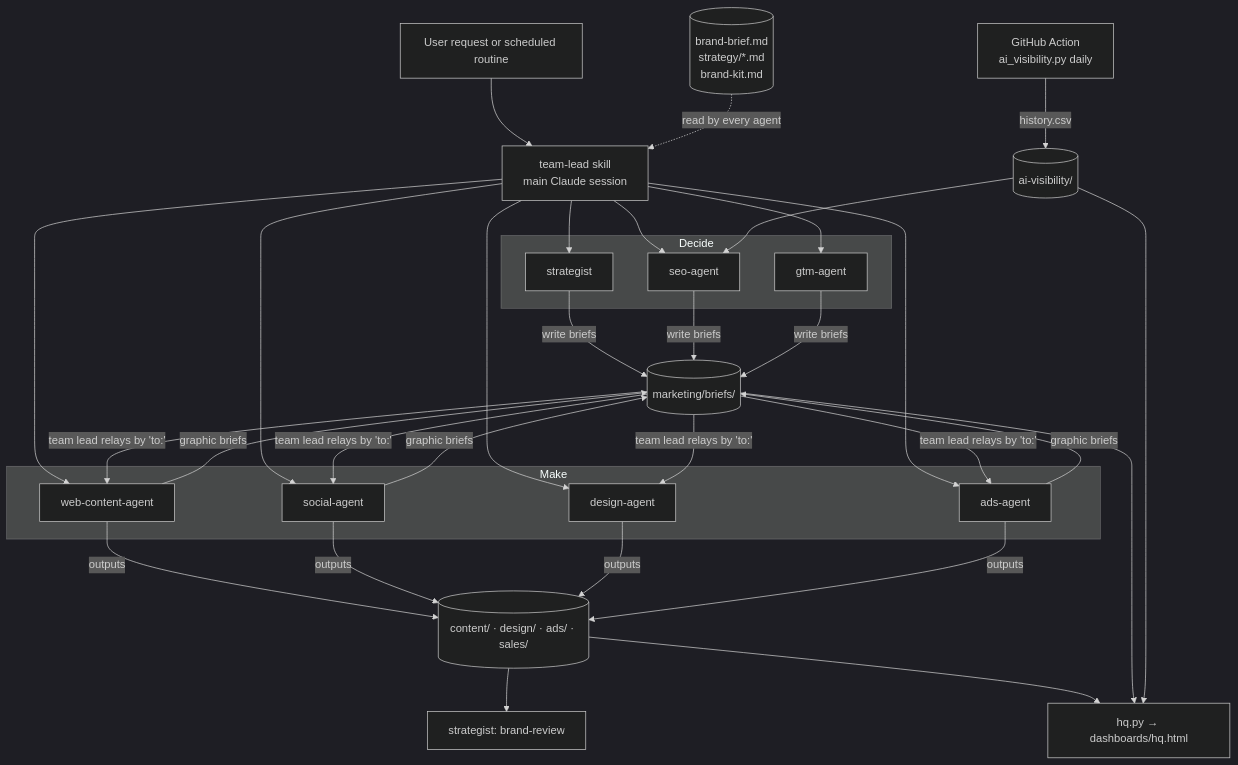
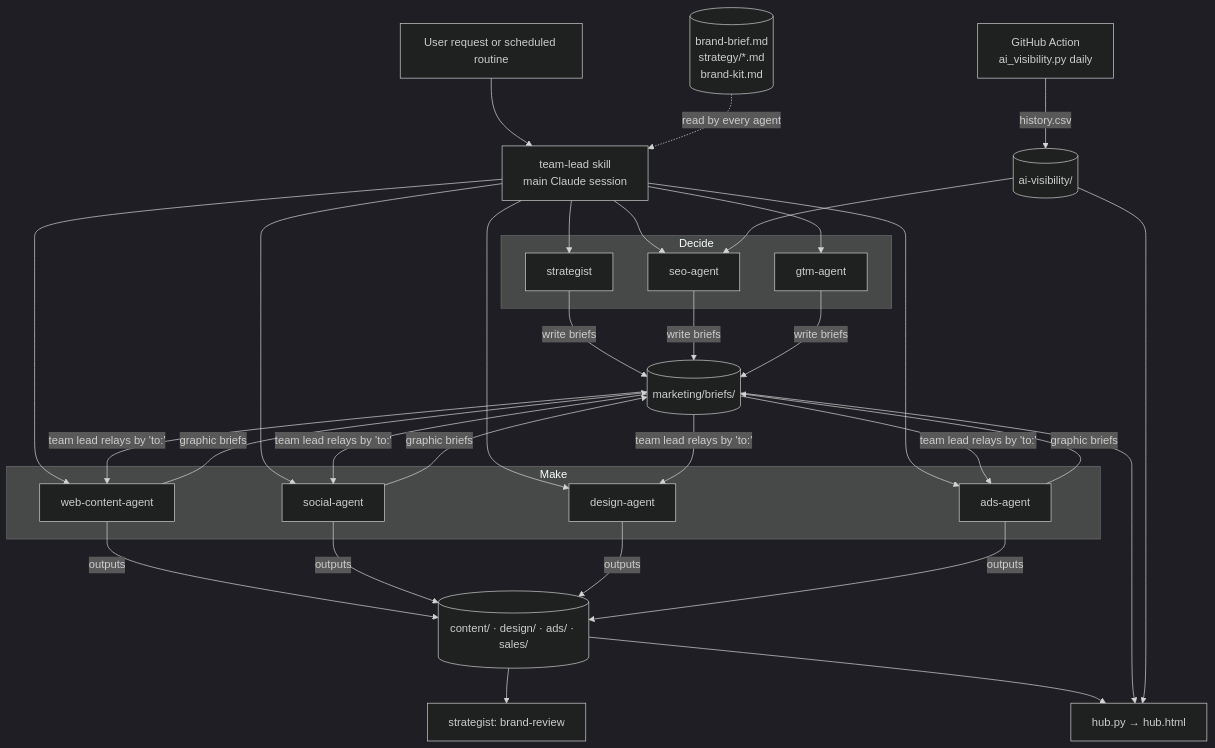
One commit to viktar-m/marketing-team changed the diagram in docs/architecture.md. Above: the diagram before and after it, drawn with Mermaid (dark theme). The commit also changed other lines of this file and 46 other files, not shown here.

````diff
--- a/docs/architecture.md
+++ b/docs/architecture.md
@@ -5,27 +5,27 @@
 ```mermaid
 flowchart TD
     U[User request or scheduled routine] --> L[team-lead skill<br/>main Claude session]
     B[(brand-brief.md<br/>strategy/*.md<br/>brand-kit.md)] -.read by every agent.-> L
 
     subgraph Decide
       ST[strategist]
       SEO[seo-agent]
       GTM[gtm-agent]
     end
     subgraph Make
       WEB[web-content-agent]
       SOC[social-agent]
       DES[design-agent]
       ADS[ads-agent]
     end
 
     L --> ST & SEO & GTM & WEB & SOC & DES & ADS
     ST & SEO & GTM -->|write briefs| Q[(marketing/briefs/)]
     WEB & SOC & ADS -->|graphic briefs| Q
     Q -->|team lead relays by 'to:'| WEB & SOC & DES & ADS
     WEB & SOC & DES & ADS -->|outputs| O[(content/ · design/ · ads/ · sales/)]
     O --> R[strategist: brand-review]
     T[GitHub Action<br/>ai_visibility.py daily] -->|history.csv| AV[(ai-visibility/)]
     AV --> SEO
-    O & Q & AV --> HQ[hq.py → dashboards/hq.html]
+    O & Q & AV --> HQ[hub.py → hub.html]
 ```
````
